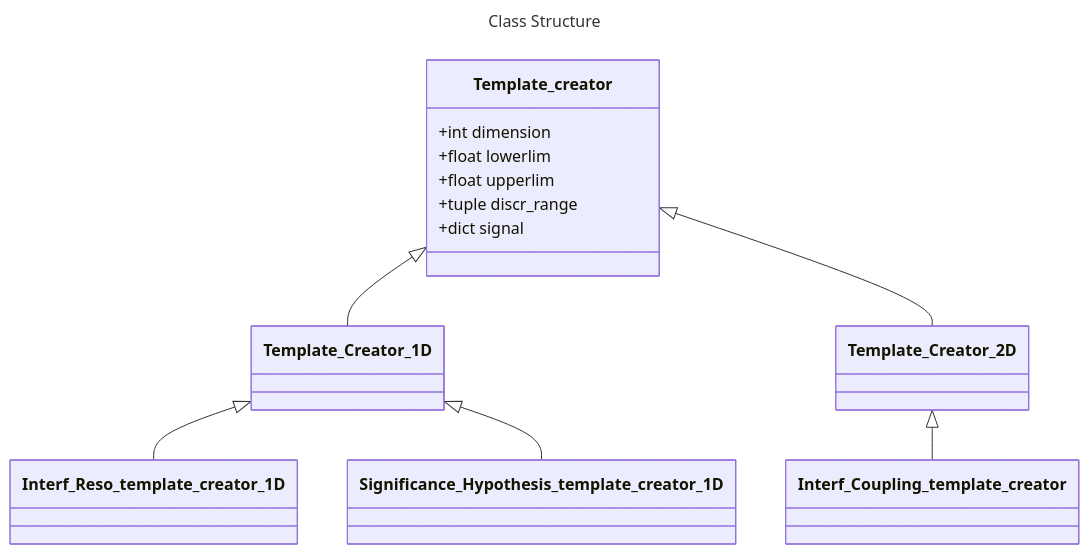
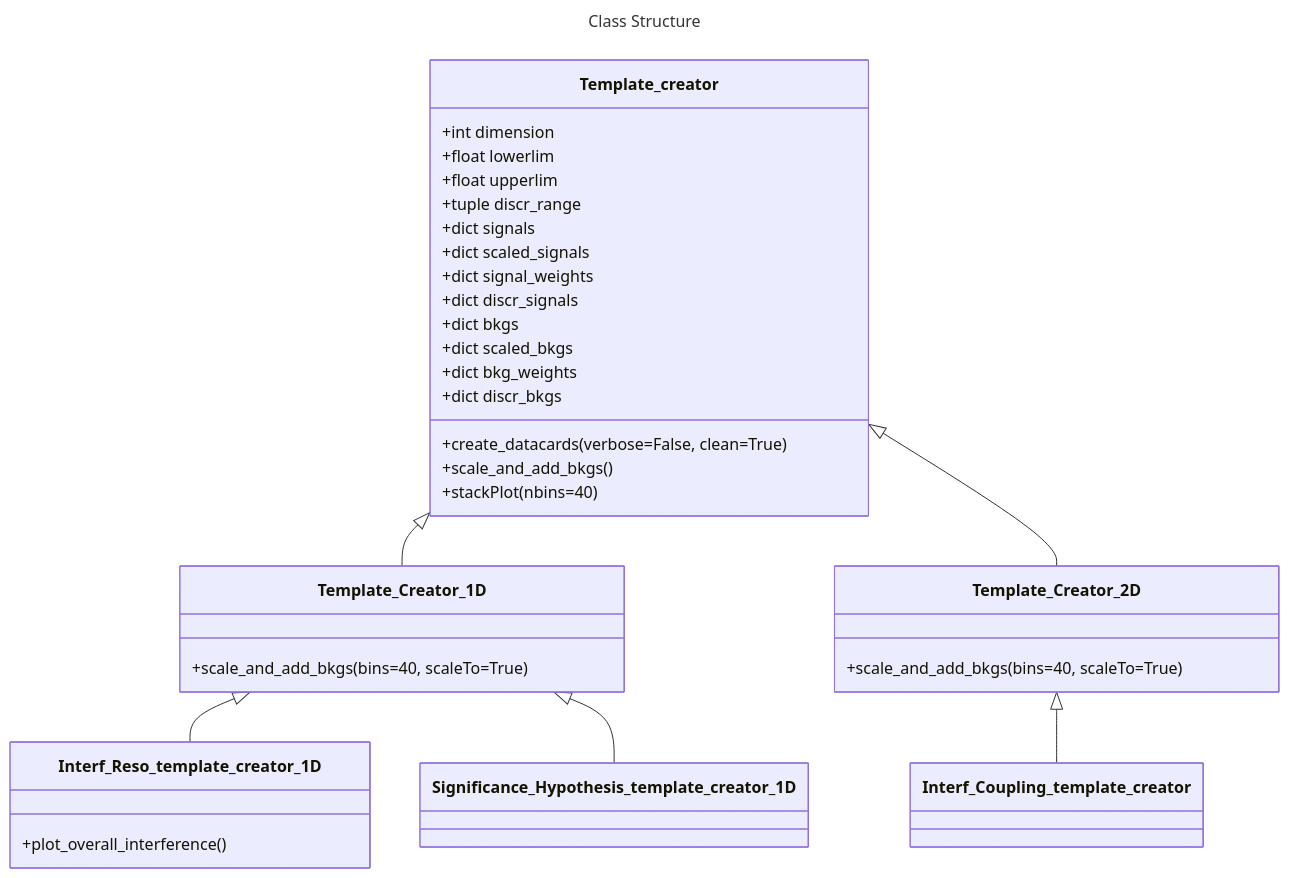
One commit to hexutils/Combine-Template-Creation changed the diagram in README.md. Above: the diagram before and after it, drawn with Mermaid.

````diff
--- a/README.md
+++ b/README.md
@@ -27,18 +27,42 @@
 ```mermaid
 ---
 title: Class Structure
 ---
 classDiagram
   Template_creator <|-- Template_Creator_1D
   Template_creator <|-- Template_Creator_2D
   Template_Creator_2D <|-- Interf_Coupling_template_creator
   Template_Creator_1D <|-- Interf_Reso_template_creator_1D
   Template_Creator_1D <|-- Significance_Hypothesis_template_creator_1D
   class Template_creator{
     +int dimension
     +float lowerlim
     +float upperlim
-    +tuple<float, float> discr_range
-    +dict signal
+    +tuple discr_range
+    +dict signals
+    +dict scaled_signals
+    +dict signal_weights
+    +dict discr_signals
+    +dict bkgs
+    +dict scaled_bkgs
+    +dict bkg_weights
+    +dict discr_bkgs
+    +create_datacards(verbose=False, clean=True)
+    +scale_and_add_bkgs()
+    +stackPlot(nbins=40)
   }
+  class Template_Creator_1D{
+    +scale_and_add_bkgs(bins=40, scaleTo=True)
+  }
+  class Template_Creator_2D{
+    +scale_and_add_bkgs(bins=40, scaleTo=True)
+  }
+  class Interf_Coupling_template_creator{
+  }
+  class Interf_Reso_template_creator_1D{
+    +plot_overall_interference()
+  }
+  class Significance_Hypothesis_template_creator_1D{
+  }
+
 ```
````
